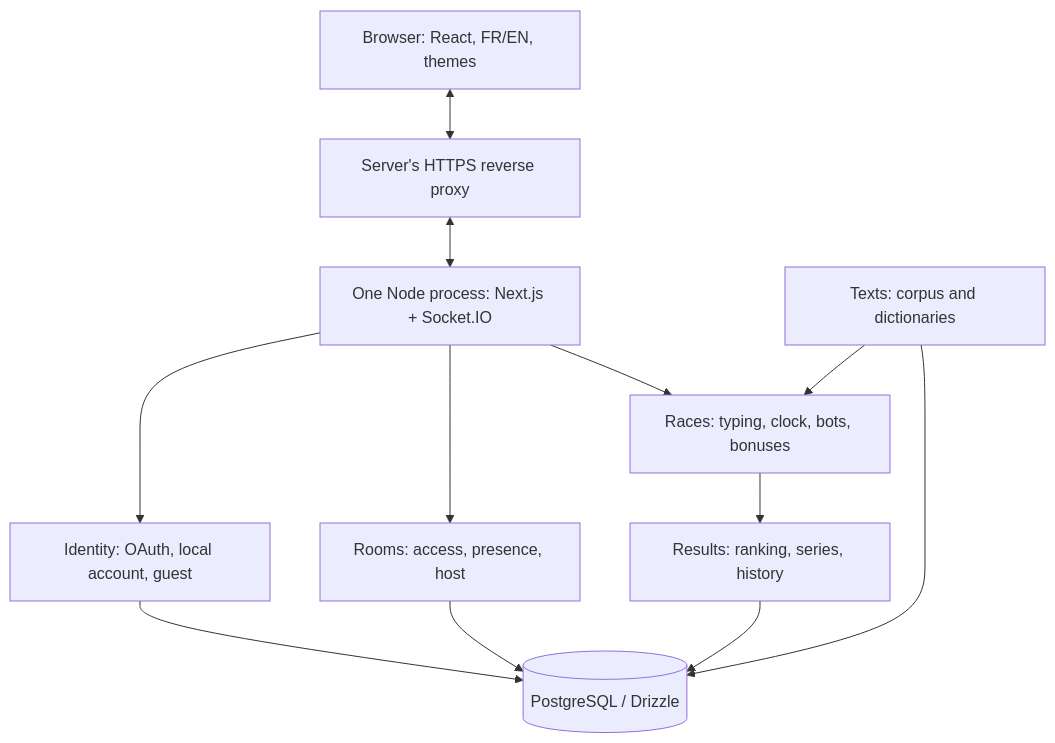
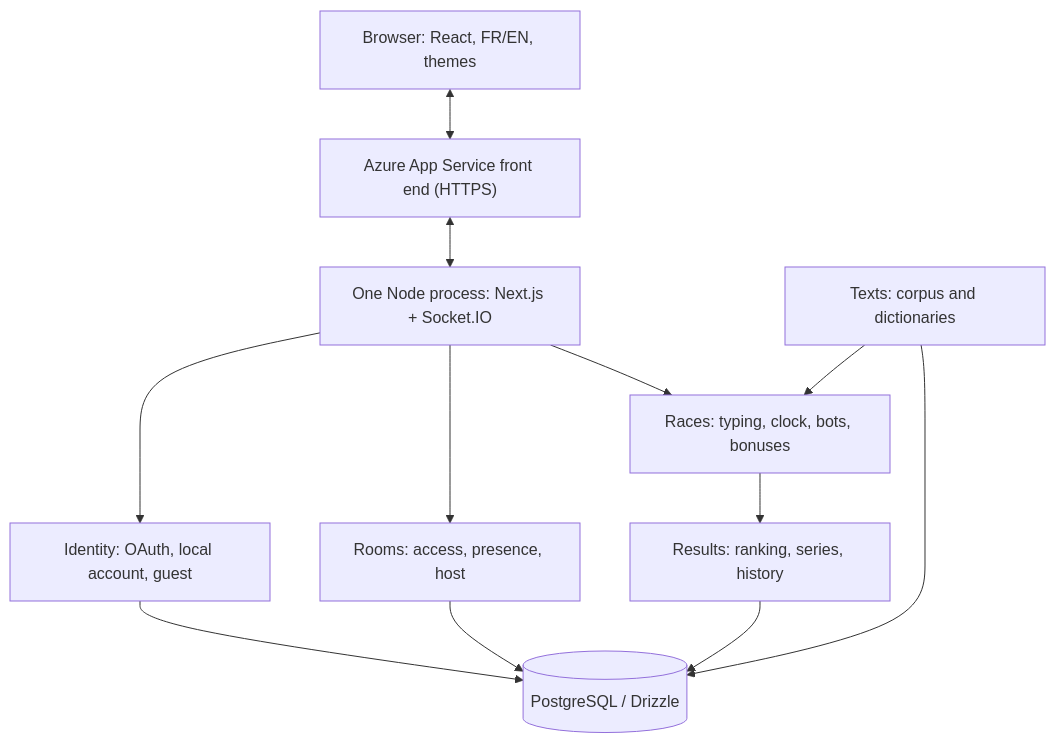
Before and after one commit to PhilJordan18/incision: the first of 4 diagrams in docs/ARCHITECTURE.md, drawn with Mermaid. The commit also changed other lines of this file and 5 other files, not shown here.

````diff
--- a/docs/ARCHITECTURE.md
+++ b/docs/ARCHITECTURE.md
@@ -13,23 +13,23 @@
 ```mermaid
 flowchart TB
   Browser["Browser: React, FR/EN, themes"]
-  TLS["Server's HTTPS reverse proxy"]
+  TLS["Azure App Service front end (HTTPS)"]
   Web["One Node process: Next.js + Socket.IO"]
   Identity["Identity: OAuth, local account, guest"]
   Rooms["Rooms: access, presence, host"]
   Racing["Races: typing, clock, bots, bonuses"]
   Content["Texts: corpus and dictionaries"]
   Results["Results: ranking, series, history"]
   DB[("PostgreSQL / Drizzle")]
   Browser <--> TLS
   TLS <--> Web
   Web --> Identity
   Web --> Rooms
   Web --> Racing
   Content --> Racing
   Racing --> Results
   Identity --> DB
   Rooms --> DB
   Content --> DB
   Results --> DB
 ```
````
